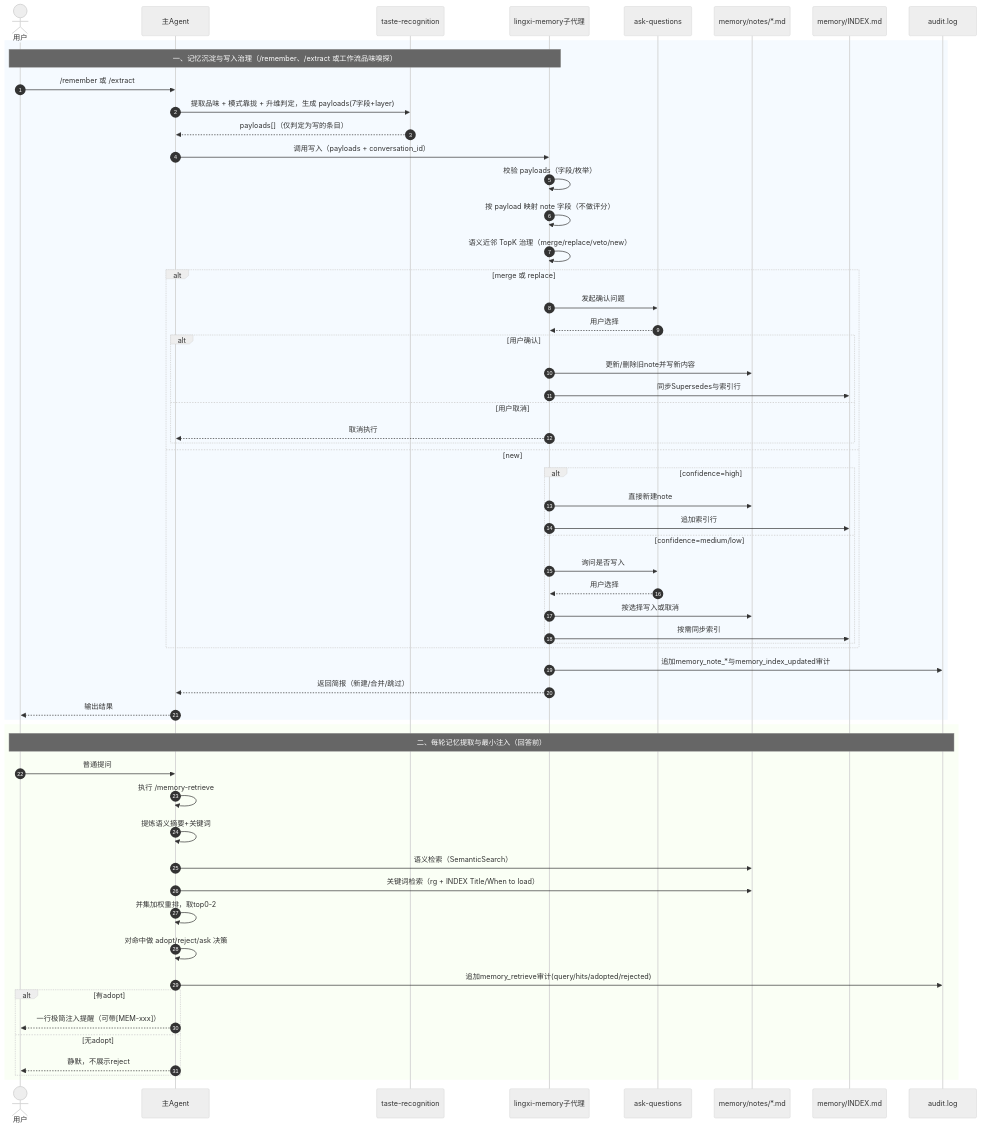
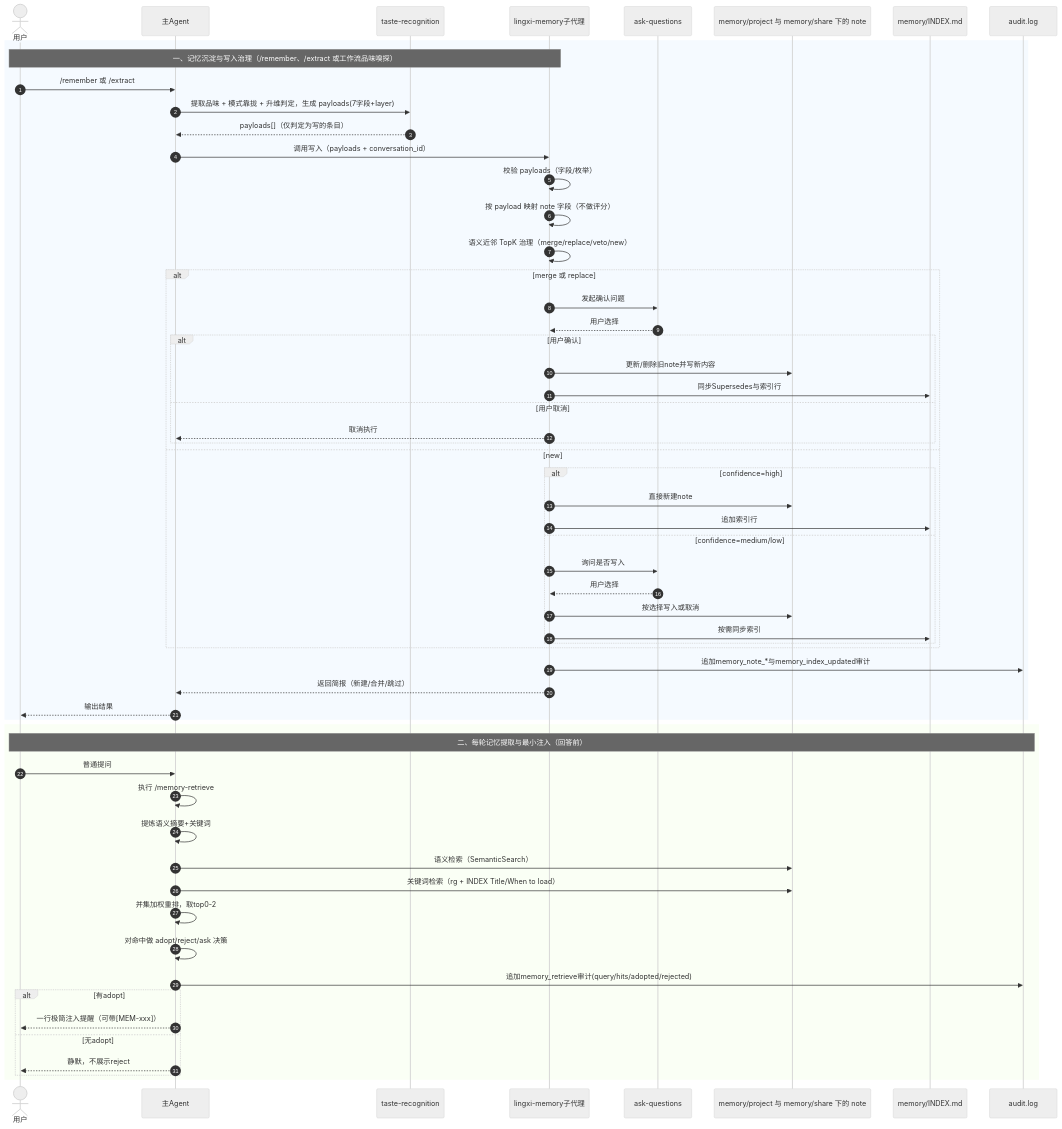
The diagram in guide/memory-system.md (tower1229/lingxi-site), drawn with Mermaid (neutral theme) before and after one commit. The commit also changed other lines of this file and 8 other files, not shown here.

````diff
--- a/guide/memory-system.md
+++ b/guide/memory-system.md
@@ -150,63 +150,63 @@
 ```mermaid
 sequenceDiagram
     autonumber
     actor U as 用户
     participant A as 主Agent
     participant TR as taste-recognition
     participant LM as lingxi-memory子代理
     participant AQ as ask-questions
-    participant N as memory/notes/*.md
+    participant N as memory/project 与 memory/share 下的 note
     participant I as memory/INDEX.md
     participant AU as audit.log
 
     rect rgb(245, 250, 255)
     Note over U,LM: 一、记忆沉淀与写入治理（/remember、/extract 或工作流品味嗅探）
     U->>A: /remember 或 /extract
     A->>TR: 提取品味 + 模式靠拢 + 升维判定，生成 payloads(7字段+layer)
     TR-->>A: payloads[]（仅判定为写的条目）
     A->>LM: 调用写入（payloads + conversation_id）
     LM->>LM: 校验 payloads（字段/枚举）
     LM->>LM: 按 payload 映射 note 字段（不做评分）
     LM->>LM: 语义近邻 TopK 治理（merge/replace/veto/new）
     alt merge 或 replace
             LM->>AQ: 发起确认问题
             AQ-->>LM: 用户选择
             alt 用户确认
                 LM->>N: 更新/删除旧note并写新内容
                 LM->>I: 同步Supersedes与索引行
             else 用户取消
                 LM-->>A: 取消执行
             end
         else new
             alt confidence=high
                 LM->>N: 直接新建note
                 LM->>I: 追加索引行
             else confidence=medium/low
                 LM->>AQ: 询问是否写入
                 AQ-->>LM: 用户选择
                 LM->>N: 按选择写入或取消
                 LM->>I: 按需同步索引
             end
         end
         LM->>AU: 追加memory_note_*与memory_index_updated审计
     LM-->>A: 返回简报（新建/合并/跳过）
     A-->>U: 输出结果
     end
 
     rect rgb(250, 255, 245)
     Note over U,AU: 二、每轮记忆提取与最小注入（回答前）
     U->>A: 普通提问
     A->>A: 执行 /memory-retrieve
     A->>A: 提炼语义摘要+关键词
     A->>N: 语义检索（SemanticSearch）
     A->>N: 关键词检索（rg + INDEX Title/When to load）
     A->>A: 并集加权重排，取top0-2
     A->>A: 对命中做 adopt/reject/ask 决策
     A->>AU: 追加memory_retrieve审计(query/hits/adopted/rejected)
     alt 有adopt
         A-->>U: 一行极简注入提醒（可带[MEM-xxx]）
     else 无adopt
         A-->>U: 静默，不展示reject
     end
     end
 ```
````
